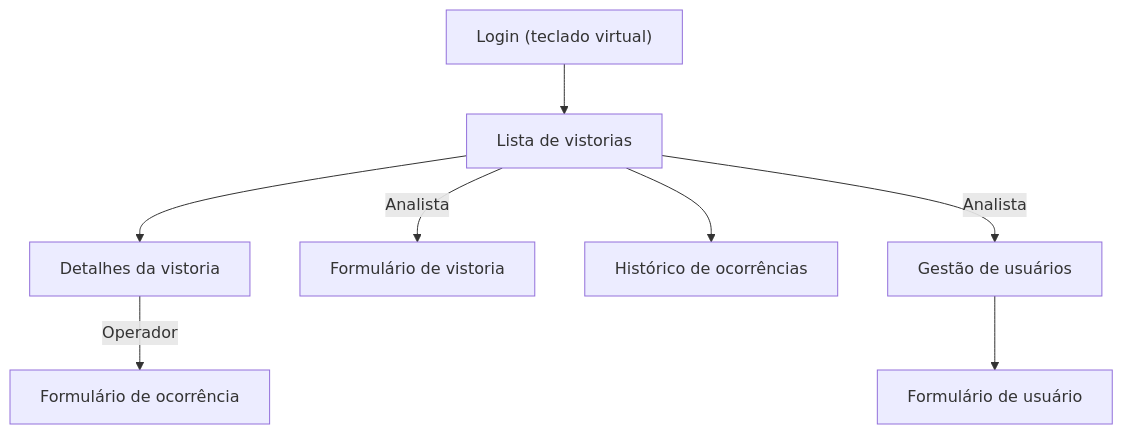
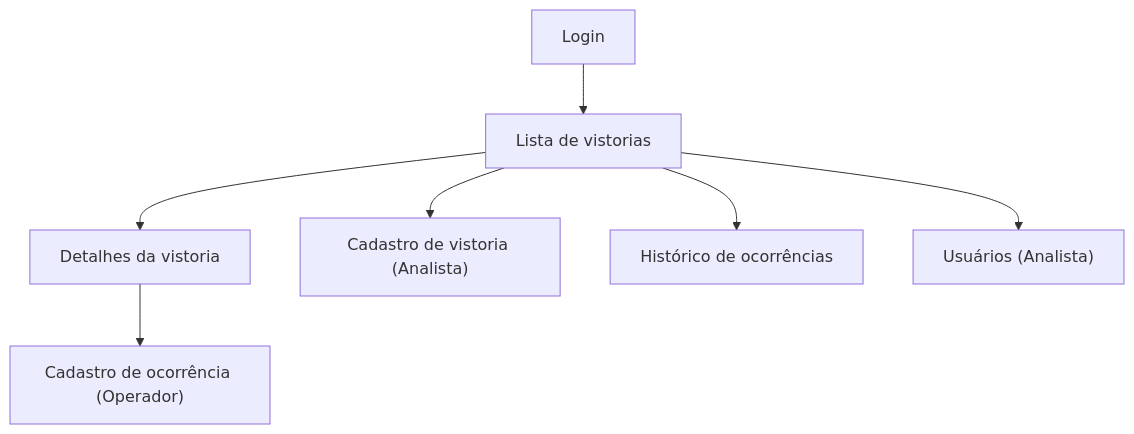
One commit to CaiqueDokasi/vistoria-informatizada changed the diagram in docs/05-telas.md. Above: the diagram before and after it, drawn with Mermaid. The commit also changed other lines of this file and 36 other files, not shown here.

````diff
--- a/docs/05-telas.md
+++ b/docs/05-telas.md
@@ -9,10 +9,9 @@
 ```mermaid
 flowchart TD
-    L["Login (teclado virtual)"] --> V["Lista de vistorias"]
+    L["Login"] --> V["Lista de vistorias"]
     V --> D["Detalhes da vistoria"]
-    V -->|"Analista"| FV["Formulário de vistoria"]
-    D -->|"Operador"| FO["Formulário de ocorrência"]
+    V --> FV["Cadastro de vistoria (Analista)"]
+    D --> FO["Cadastro de ocorrência (Operador)"]
     V --> H["Histórico de ocorrências"]
-    V -->|"Analista"| U["Gestão de usuários"]
-    U --> FU["Formulário de usuário"]
+    V --> U["Usuários (Analista)"]
 ```
````
